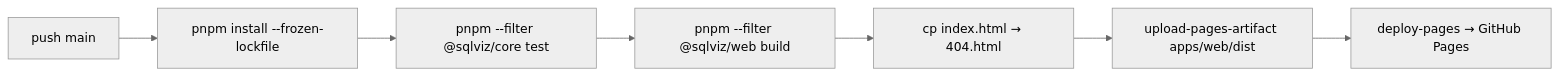
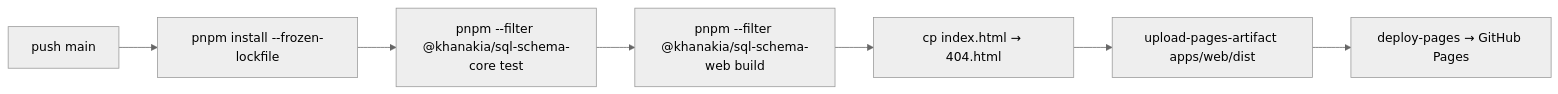
The second of 2 diagrams in apps/web/README.md (khanakia/sql-schema-visualizer), drawn with Mermaid (neutral theme) before and after one commit. The commit also changed other lines of this file and 22 other files, not shown here.

First line of the commit message:
Scope to @khanakia/*, full SchemaCanvas props, toolbar primitives, fix Tailwind-in-package

````diff
--- a/apps/web/README.md
+++ b/apps/web/README.md
@@ -45,9 +45,9 @@
 ```mermaid
 flowchart LR
   P[push main] --> I[pnpm install --frozen-lockfile]
-  I --> T[pnpm --filter @sqlviz/core test]
-  T --> B[pnpm --filter @sqlviz/web build]
+  I --> T[pnpm --filter @khanakia/sql-schema-core test]
+  T --> B[pnpm --filter @khanakia/sql-schema-web build]
   B --> F[cp index.html → 404.html]
   F --> UP[upload-pages-artifact apps/web/dist]
   UP --> D[deploy-pages → GitHub Pages]
 ```
````
